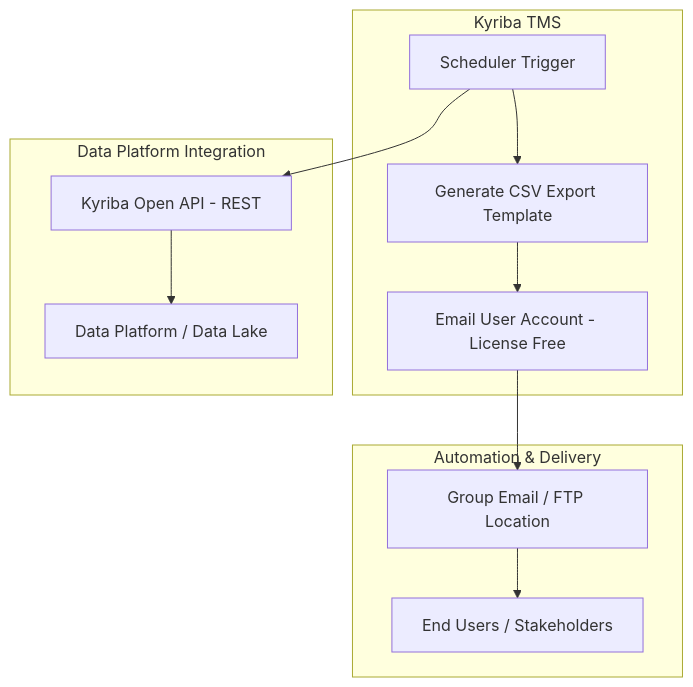
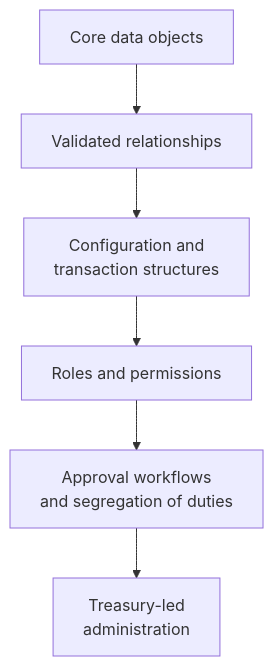
Before and after one commit to sgarciapuga/Work_Portfolio: the third of 5 diagrams in kyriba-transformation/report.qmd, drawn with Mermaid. The commit also changed other lines of this file and 36 other files, not shown here.

````diff
--- a/kyriba-transformation/report.qmd
+++ b/kyriba-transformation/report.qmd
@@ -1,18 +141,10 @@
 ```{mermaid}
-%%| fig-width: 6.5
-graph TD
-    subgraph Kyriba TMS
-        A[Scheduler Trigger] --> B[Generate CSV Export Template]
-        B --> C[Email User Account - License Free]
-    end
-    
-    subgraph Automation & Delivery
-        C --> D[Group Email / FTP Location]
-        D --> E[End Users / Stakeholders]
-    end
-    
-    subgraph Data Platform Integration
-        A --> F[Kyriba Open API - REST]
-        F --> G[Data Platform / Data Lake]
-    end
+%%| fig-cap: "Conceptual foundation for Kyriba data, access and governance."
+%%| fig-alt: "A conceptual view linking core data objects to configuration, access, approval workflows and Treasury-led administration."
+flowchart TB
+    A[Core data objects] --> B[Validated relationships]
+    B --> C[Configuration and<br/>transaction structures]
+    C --> D[Roles and permissions]
+    D --> E[Approval workflows<br/>and segregation of duties]
+    E --> F[Treasury-led<br/>administration]
 ```
````
